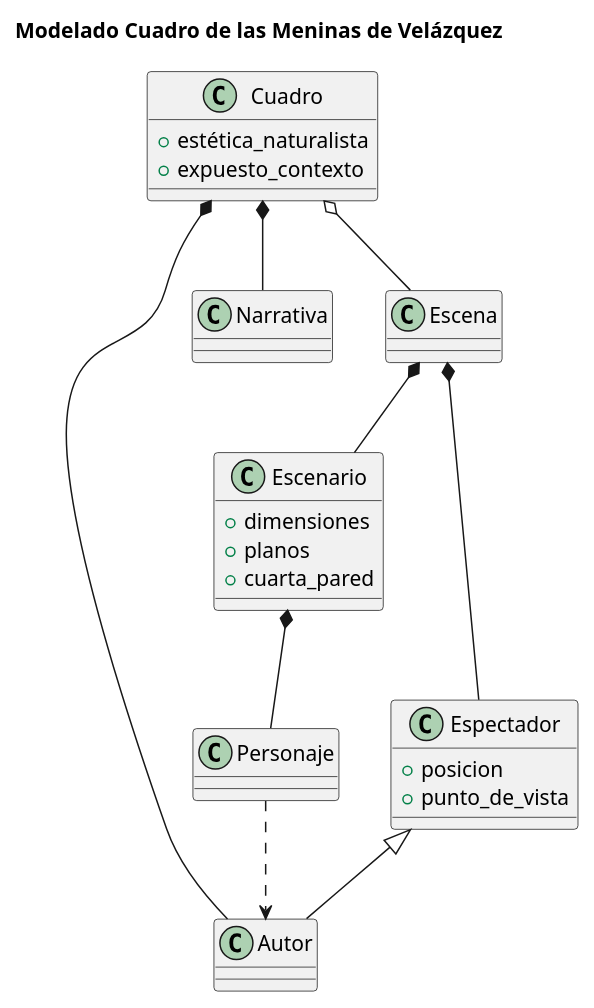
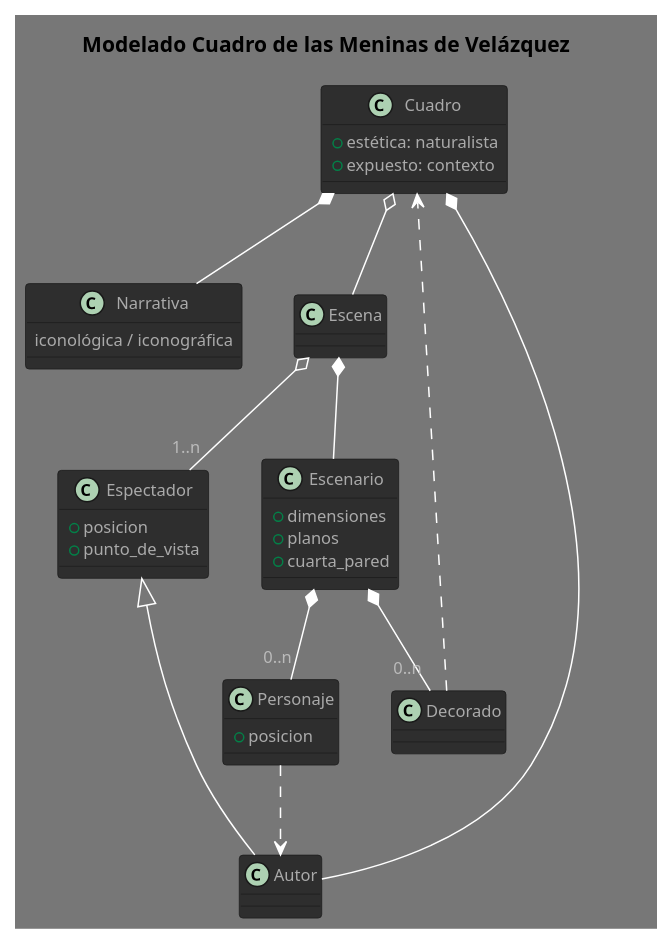
Before and after one commit to Joselon/joselon.github.io: the diagram in PracticasMaster/01_Modelado_O/UML/meninas.puml, drawn with PlantUML. The commit also changed 1 other file, not shown here.

Commit message:
PracticaMeninas.Fix theme

```diff
--- a/PracticasMaster/01_Modelado_O/UML/meninas.puml
+++ b/PracticasMaster/01_Modelado_O/UML/meninas.puml
@@ -1,32 +1,47 @@
 @startuml MeninasDomain
-
+!theme reddress-darkred
 title Modelado Cuadro de las Meninas de Velázquez
 
 class Cuadro {
-    + estética_naturalista
-    + expuesto_contexto
+    + estética: naturalista
+    + expuesto: contexto
+}
+
+class Narrativa {
+    iconológica / iconográfica
 }
 
 class Escenario {
     + dimensiones
     + planos
     + cuarta_pared
 }
 
+class Decorado {
+
+}
+
 class Espectador {
     + posicion
     + punto_de_vista
+}
+
+class Personaje {
+    + posicion
 }
 
 Cuadro *-- Autor
 Cuadro *-- Narrativa
 Cuadro o-- Escena
 
-Escena *-- Espectador
+Escena o--"1..n" Espectador
 Escena *-- Escenario
-Escenario *-- Personaje
+Escenario *--"0..n" Personaje
+Escenario *--"0..n" Decorado
 Personaje ..> Autor
+'Personaje ..> Espectador
+Decorado ..> Cuadro
 Espectador <|-- Autor
 
 
 @end
```
